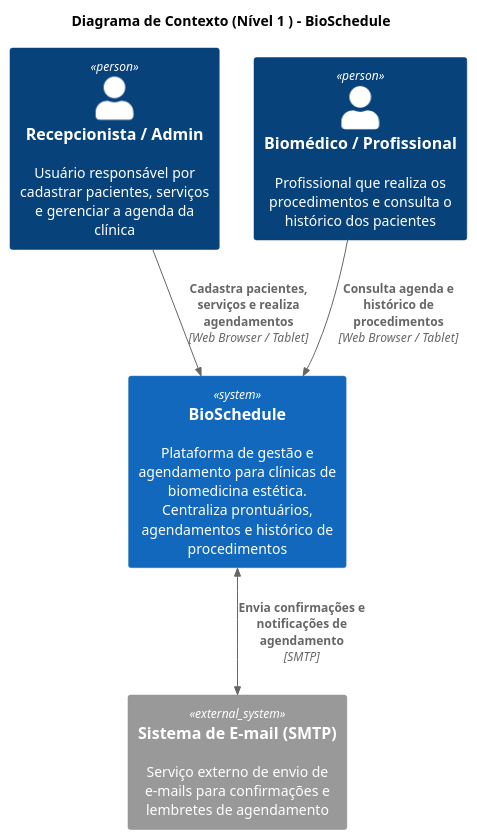
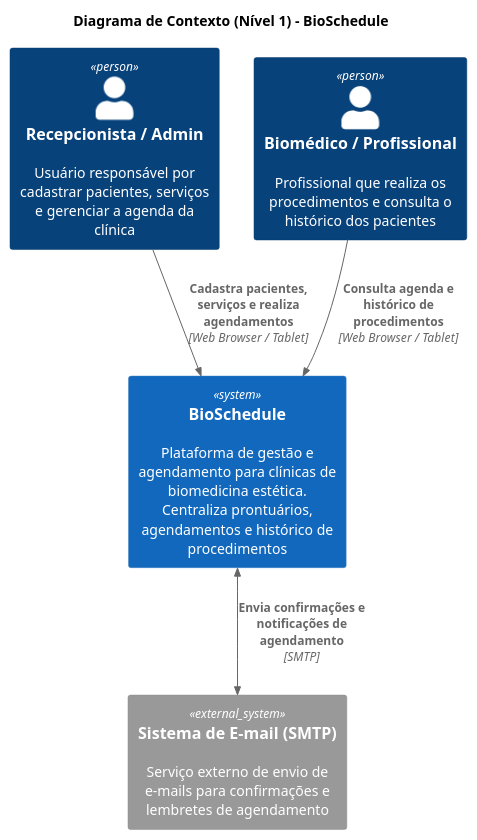
The diagram in bioschedule_c4_nivel1_contexto.puml (rique1011/Sistema-de-Gest-o-e-Agendamento-Est-tico), drawn with PlantUML before and after one commit.

Commit message:
Fix title formatting in context diagram

```diff
--- a/bioschedule_c4_nivel1_contexto.puml
+++ b/bioschedule_c4_nivel1_contexto.puml
@@ -1,17 +1,17 @@
 @startuml C4_Context_BioSchedule
 !include https://raw.githubusercontent.com/plantuml-stdlib/C4-PlantUML/master/C4_Context.puml
 
-title Diagrama de Contexto (Nível 1 ) - BioSchedule
+title Diagrama de Contexto (Nível 1) - BioSchedule
 
 Person(recepcionista, "Recepcionista / Admin", "Usuário responsável por cadastrar pacientes, serviços e gerenciar a agenda da clínica")
 Person(biomedico, "Biomédico / Profissional", "Profissional que realiza os procedimentos e consulta o histórico dos pacientes")
 
 System(bioschedule, "BioSchedule", "Plataforma de gestão e agendamento para clínicas de biomedicina estética. Centraliza prontuários, agendamentos e histórico de procedimentos")
 
 System_Ext(email_system, "Sistema de E-mail (SMTP)", "Serviço externo de envio de e-mails para confirmações e lembretes de agendamento")
 
 Rel(recepcionista, bioschedule, "Cadastra pacientes, serviços e realiza agendamentos", "Web Browser / Tablet")
 Rel(biomedico, bioschedule, "Consulta agenda e histórico de procedimentos", "Web Browser / Tablet")
 BiRel(bioschedule, email_system, "Envia confirmações e notificações de agendamento", "SMTP")
 
 @enduml
```
